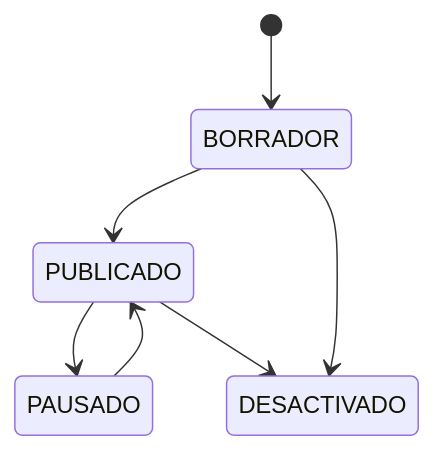
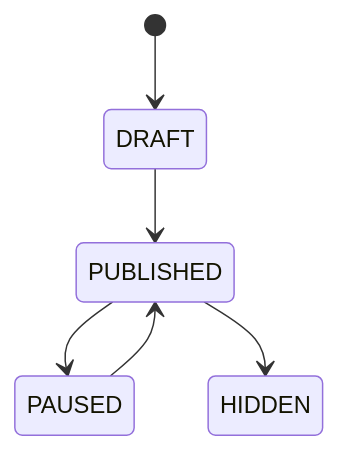
The third of 3 diagrams in Documentation/Dietetica Lembas/03 - Dominio/Maquina de Estados.md (NachoOsella/tfi-lembas), drawn with Mermaid before and after one commit. The commit also changed other lines of this file and 41 other files, not shown here.

````diff
--- a/Documentation/Dietetica Lembas/03 - Dominio/Maquina de Estados.md
+++ b/Documentation/Dietetica Lembas/03 - Dominio/Maquina de Estados.md
@@ -65,10 +89,9 @@
 ```mermaid
 %%{init: {"theme": "base", "themeVariables": {"darkMode": true, "background": "#1d2021", "primaryColor": "#32302f", "primaryTextColor": "#d4be98", "primaryBorderColor": "#d4be98", "lineColor": "#d4be98", "secondaryColor": "#32302f", "tertiaryColor": "#1d2021", "textColor": "#d4be98", "noteBkgColor": "#32302f", "noteTextColor": "#d4be98", "noteBorderColor": "#d8a657", "actorBkg": "#32302f", "actorTextColor": "#d4be98", "actorLineColor": "#d4be98", "signalColor": "#7daea3", "signalTextColor": "#d4be98", "labelBoxBkgColor": "#32302f", "labelBoxBorderColor": "#d4be98", "labelTextColor": "#d4be98", "loopTextColor": "#d4be98"}}%%
 stateDiagram-v2
-    [*] --> BORRADOR
-    BORRADOR --> PUBLICADO
-    PUBLICADO --> PAUSADO
-    PAUSADO --> PUBLICADO
-    PUBLICADO --> DESACTIVADO
-    BORRADOR --> DESACTIVADO
+    [*] --> DRAFT
+    DRAFT --> PUBLISHED
+    PUBLISHED --> PAUSED
+    PAUSED --> PUBLISHED
+    PUBLISHED --> HIDDEN
 ```
````
